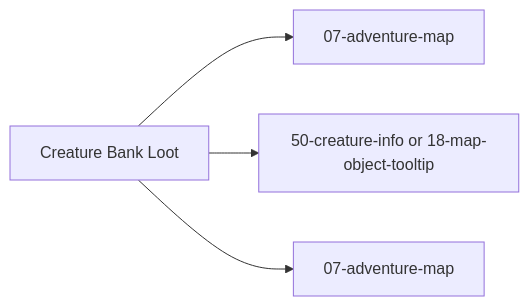
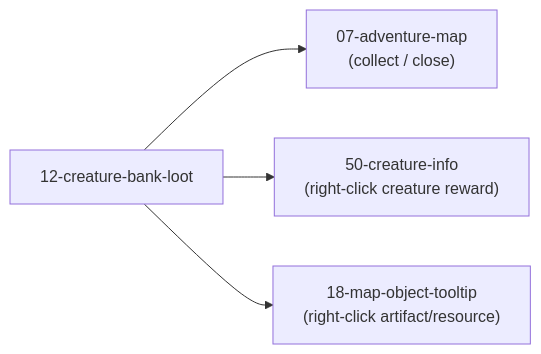
Before and after one commit to SunaNoOshiro/Heroes_Reforged_AI_Realms: the fifth of 5 diagrams in docs/architecture/wiki/screens/12-creature-bank-loot/architecture.md, drawn with Mermaid. The commit also changed other lines of this file and 518 other files, not shown here.

First line of the commit message:
Add doc-audit skill and sweep architecture/screen docs

````diff
--- a/docs/architecture/wiki/screens/12-creature-bank-loot/architecture.md
+++ b/docs/architecture/wiki/screens/12-creature-bank-loot/architecture.md
@@ -66,7 +65,7 @@
 ```mermaid
 flowchart LR
-  Current["Creature Bank Loot"]
-  Current --> T0["07-adventure-map"]
-  Current --> T1["50-creature-info or 18-map-object-tooltip"]
-  Current --> T2["07-adventure-map"]
+  Current["12-creature-bank-loot"]
+  Current --> T0["07-adventure-map<br/>(collect / close)"]
+  Current --> T1["50-creature-info<br/>(right-click creature reward)"]
+  Current --> T2["18-map-object-tooltip<br/>(right-click artifact/resource)"]
 ```
````
